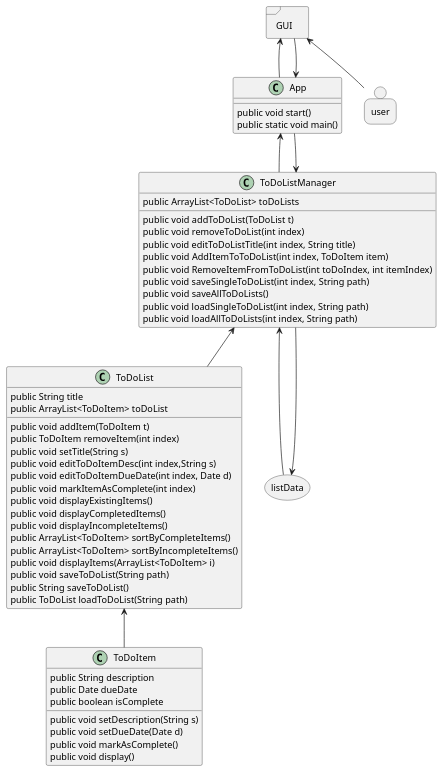
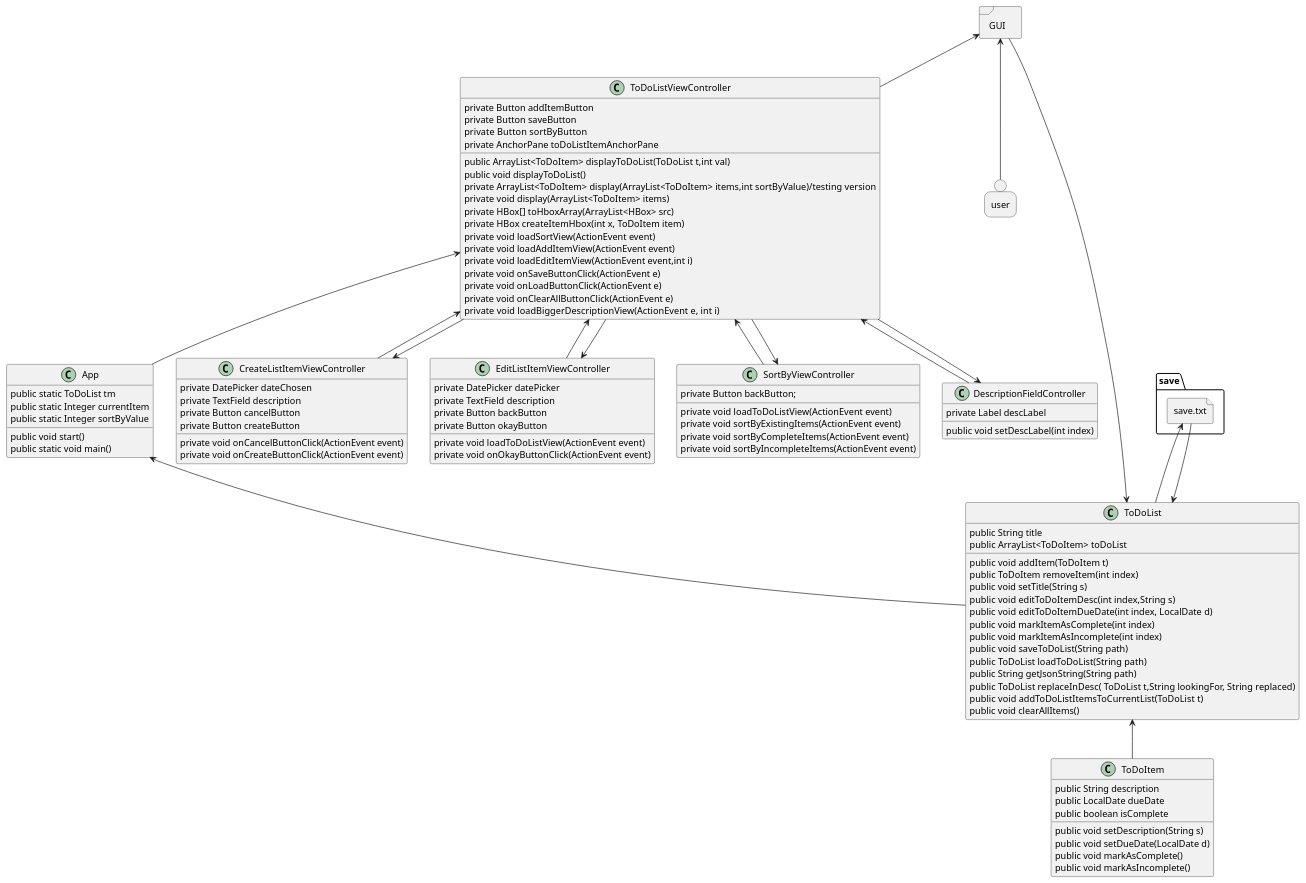
Before and after one commit to brysonPaul/paul-cop3330-assignment4part2: the diagram in uml/toDoListManagerFlow.puml, drawn with PlantUML. The commit also changed 10 other files, not shown here.

Commit message:
Commit nine (almost done Added - Screen which comes out and displays a description if it is too long -Updated UML Diagram Whats next -cleaning up code (adding pseudocode, making sure privacy is good for encapsulation) - writing readme.md

```diff
--- a/uml/toDoListManagerFlow.puml
+++ b/uml/toDoListManagerFlow.puml
@@ -1,63 +1,117 @@
 @startuml
 allowmixing
 
 class ToDoItem {
     public String description
-    public Date dueDate
+    public LocalDate dueDate
     public boolean isComplete
     public void setDescription(String s)
-    public void setDueDate(Date d)
+    public void setDueDate(LocalDate d)
     public void markAsComplete()
-    public void display()
+    public void markAsIncomplete()
 }
 class ToDoList{
     public String title
     public ArrayList<ToDoItem> toDoList
     public void addItem(ToDoItem t)
     public ToDoItem removeItem(int index)
     public void setTitle(String s)
     public void editToDoItemDesc(int index,String s)
-    public void editToDoItemDueDate(int index, Date d)
+    public void editToDoItemDueDate(int index, LocalDate d)
     public void markItemAsComplete(int index)
-    public void displayExistingItems()
-    public void displayCompletedItems()
-    public void displayIncompleteItems()
-    public ArrayList<ToDoItem> sortByCompleteItems()
-    public ArrayList<ToDoItem> sortByIncompleteItems()
-    public void displayItems(ArrayList<ToDoItem> i)
+    public void markItemAsIncomplete(int index)
     public void saveToDoList(String path)
-    public String saveToDoList()
     public ToDoList loadToDoList(String path)
-}
-class ToDoListManager{
-    public ArrayList<ToDoList> toDoLists
-    public void addToDoList(ToDoList t)
-    public void removeToDoList(int index)
-    public void editToDoListTitle(int index, String title)
-    public void AddItemToToDoList(int index, ToDoItem item)
-    public void RemoveItemFromToDoList(int toDoIndex, int itemIndex)
-    public void saveSingleToDoList(int index, String path)
-    public void saveAllToDoLists()
-    public void loadSingleToDoList(int index, String path)
-    public void loadAllToDoLists(int index, String path)
+    public String getJsonString(String path)
+    public ToDoList replaceInDesc( ToDoList t,String lookingFor, String replaced)
+    public void addToDoListItemsToCurrentList(ToDoList t)
+    public void clearAllItems()
 }
 class App{
+    public static ToDoList tm
+    public static Integer currentItem
+    public static Integer sortByValue
     public void start()
     public static void main()
 }
+class ToDoListViewController{
+     private Button addItemButton
+     private Button saveButton
+     private  Button sortByButton
+     private AnchorPane toDoListItemAnchorPane
+
+     public ArrayList<ToDoItem> displayToDoList(ToDoList t,int val)
+     public void displayToDoList()
+     private ArrayList<ToDoItem> display(ArrayList<ToDoItem> items,int sortByValue)/testing version
+     private void display(ArrayList<ToDoItem> items)
+     private HBox[] toHboxArray(ArrayList<HBox> src)
+     private HBox createItemHbox(int x, ToDoItem item)
+     private void loadSortView(ActionEvent event)
+     private void loadAddItemView(ActionEvent event)
+     private void loadEditItemView(ActionEvent event,int i)
+     private void onSaveButtonClick(ActionEvent e)
+     private void onLoadButtonClick(ActionEvent e)
+     private void onClearAllButtonClick(ActionEvent e)
+     private void  loadBiggerDescriptionView(ActionEvent e, int i)
+}
+
+class CreateListItemViewController{
+     private DatePicker dateChosen
+     private TextField description
+     private Button cancelButton
+     private Button createButton
+
+    private void onCancelButtonClick(ActionEvent event)
+    private void onCreateButtonClick(ActionEvent event)
+}
+
+class EditListItemViewController{
+    private DatePicker datePicker
+    private TextField description
+    private Button backButton
+    private Button okayButton
+
+    private void loadToDoListView(ActionEvent event)
+    private void onOkayButtonClick(ActionEvent event)
+}
+
+class SortByViewController{
+    private Button backButton;
+    private void loadToDoListView(ActionEvent event)
+    private void sortByExistingItems(ActionEvent event)
+    private void sortByCompleteItems(ActionEvent event)
+    private void sortByIncompleteItems(ActionEvent event)
+}
+
+class DescriptionFieldController{
+    private Label descLabel
+    public void setDescLabel(int index)
+
+}
+
 frame GUI{
 }
 person user
-storage listData
+File save.txt
 
 GUI<-- user
-GUI<--App
-App<--GUI
-ToDoListManager<-- listData
-listData<--ToDoListManager
+GUI<--ToDoListViewController
+ToDoList<--GUI
+ToDoList<-- save.txt
+save.txt<--ToDoList
 
-App<--ToDoListManager
-ToDoListManager<--App
-ToDoListManager<--ToDoList
+App<--ToDoList
 ToDoList<--ToDoItem
+
+
+ToDoListViewController<--EditListItemViewController
+ToDoListViewController<-- DescriptionFieldController
+ToDoListViewController<--SortByViewController
+ToDoListViewController<--CreateListItemViewController
+ToDoListViewController<--App
+
+CreateListItemViewController<--ToDoListViewController
+SortByViewController<--ToDoListViewController
+EditListItemViewController<--ToDoListViewController
+DescriptionFieldController<--ToDoListViewController
 @enduml
```
